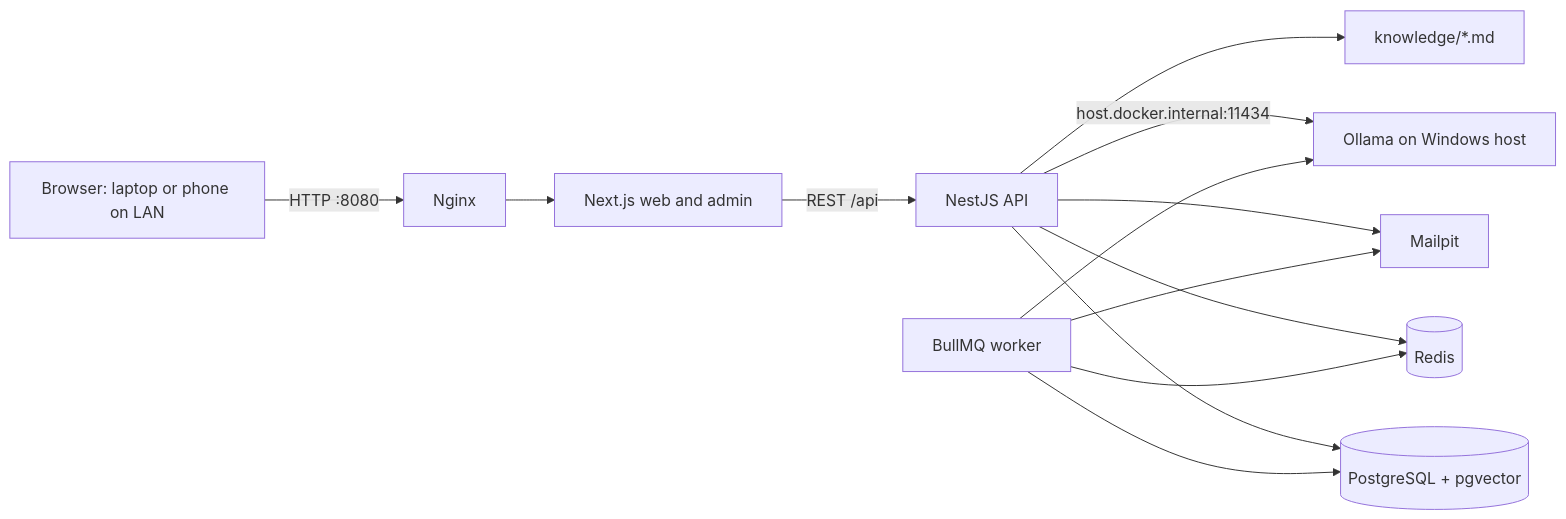
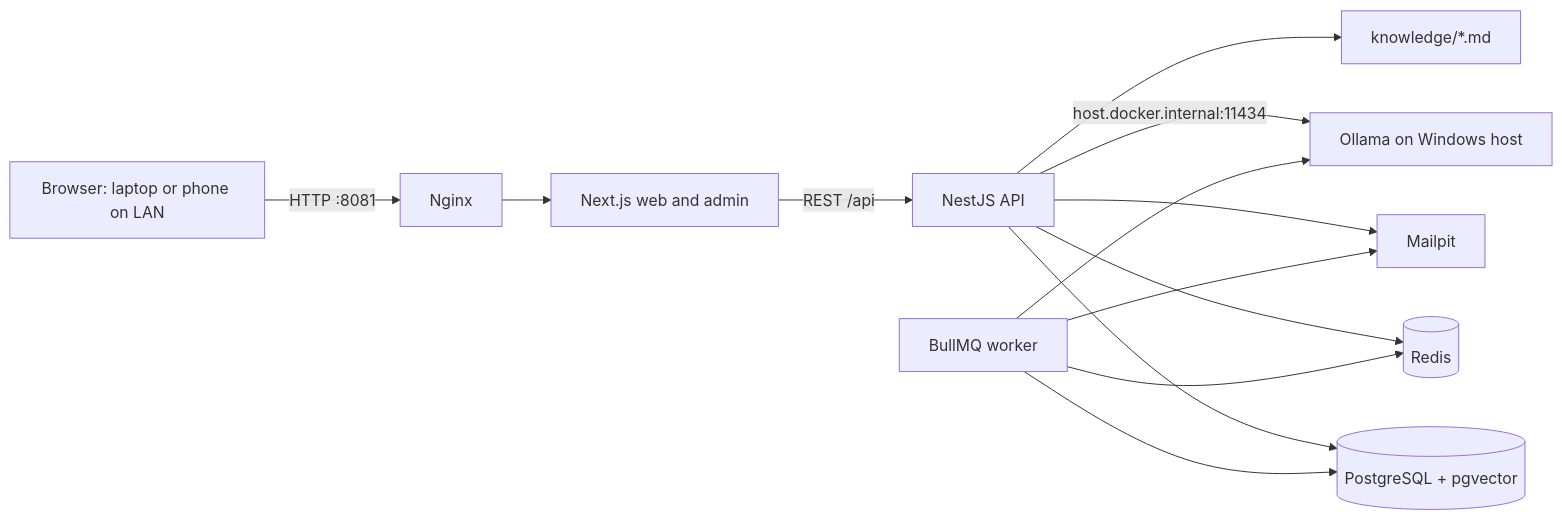
One commit to Dangne0201/japan-figure changed the first of 2 diagrams in docs/ARCHITECTURE.md. Above: the diagram before and after it, drawn with Mermaid. The commit also changed other lines of this file and 9 other files, not shown here.

````diff
--- a/docs/ARCHITECTURE.md
+++ b/docs/ARCHITECTURE.md
@@ -5,15 +5,15 @@
 ```mermaid
 flowchart LR
-  Browser[Browser: laptop or phone on LAN] -->|HTTP :8080| Nginx
+  Browser[Browser: laptop or phone on LAN] -->|HTTP :8081| Nginx
   Nginx --> Web[Next.js web and admin]
   Web -->|REST /api| API[NestJS API]
   API --> PostgreSQL[(PostgreSQL + pgvector)]
   API --> Redis[(Redis)]
   API --> Mailpit[Mailpit]
   API -->|host.docker.internal:11434| Ollama[Ollama on Windows host]
   Worker[BullMQ worker] --> Redis
   Worker --> PostgreSQL
   Worker --> Mailpit
   Worker --> Ollama
   API --> Knowledge[knowledge/*.md]
 ```
````
